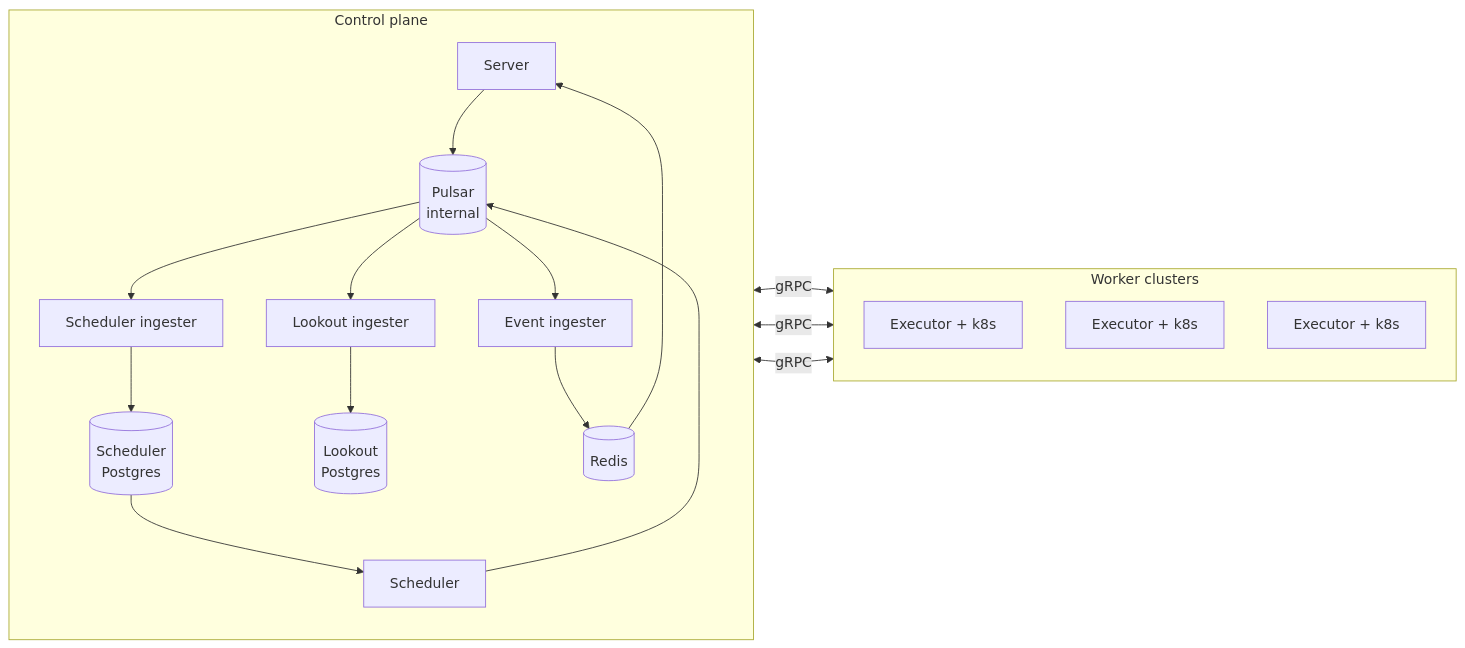
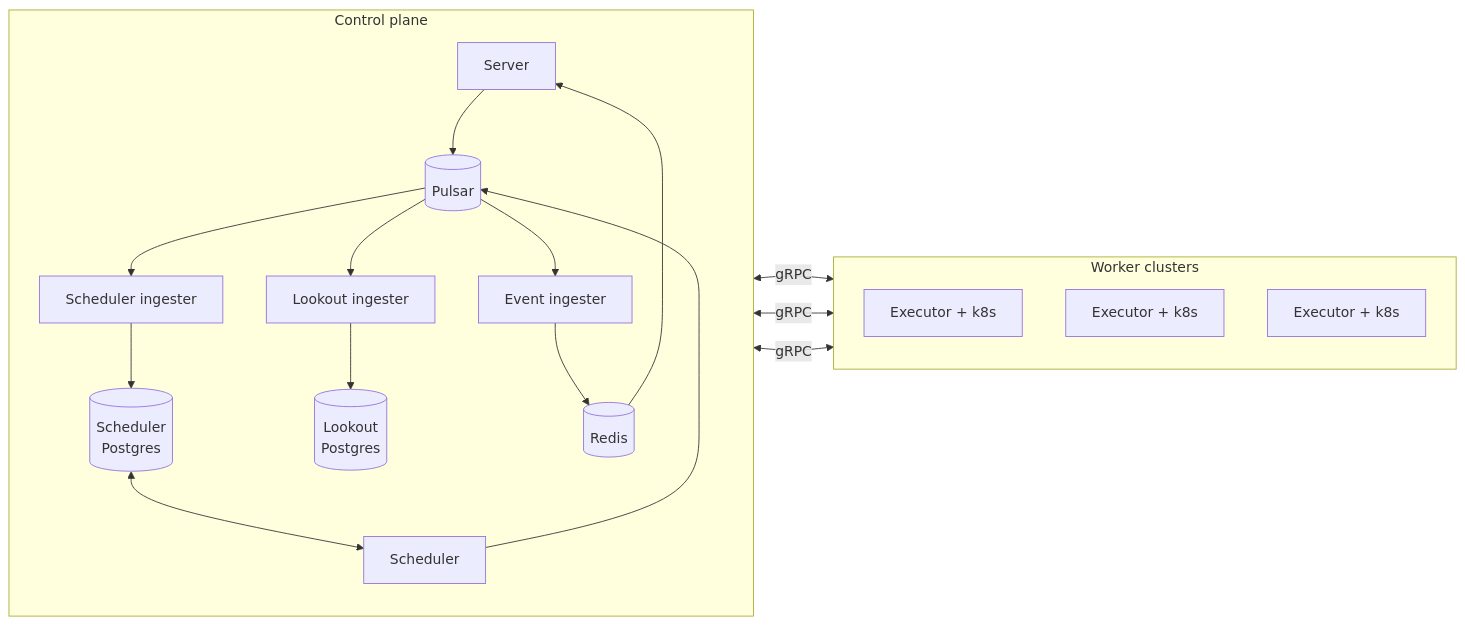
Before and after one commit to armadaproject/armada: the first of 11 diagrams in docs/developer/job-lifecycle-events.md, drawn with Mermaid. The commit also changed other lines of this file, not shown here.

````diff
--- a/docs/developer/job-lifecycle-events.md
+++ b/docs/developer/job-lifecycle-events.md
@@ -34,34 +61,34 @@
 ```mermaid
 flowchart LR
     subgraph CP["Control plane"]
         direction TB
         S[Server]
         Sc[Scheduler]
-        P[(Pulsar<br/>internal)]
+        P[(Pulsar)]
         SI[Scheduler ingester]
         LI[Lookout ingester]
         EI[Event ingester]
         SD[(Scheduler<br/>Postgres)]
         LD[(Lookout<br/>Postgres)]
         R[(Redis)]
         S --> P
         Sc --> P
         P --> SI
         P --> LI
         P --> EI
         SI --> SD
-        SD --> Sc
+        SD <--> Sc
         LI --> LD
         EI --> R
         R --> S
     end
     subgraph Workers["Worker clusters"]
         direction TB
         E1[Executor + k8s]
         E2[Executor + k8s]
         E3[Executor + k8s]
     end
     Sc <-->|gRPC| E1
     Sc <-->|gRPC| E2
     Sc <-->|gRPC| E3
 ```
````
